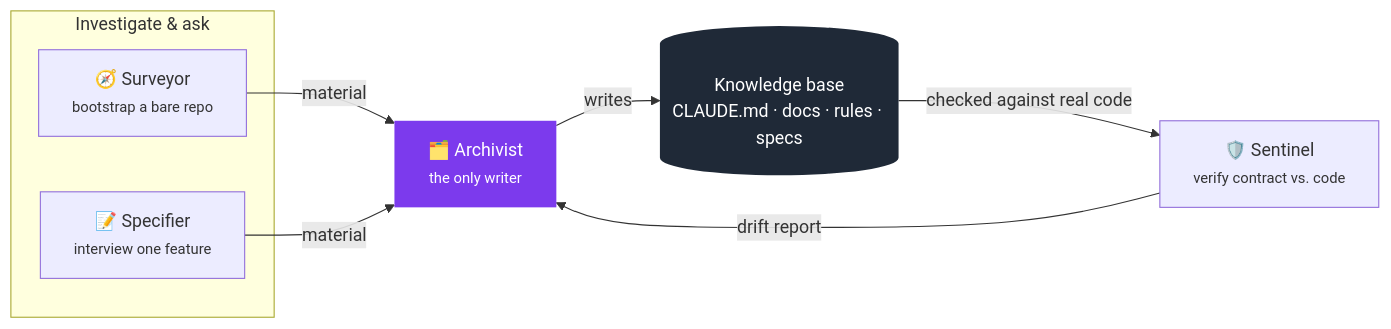
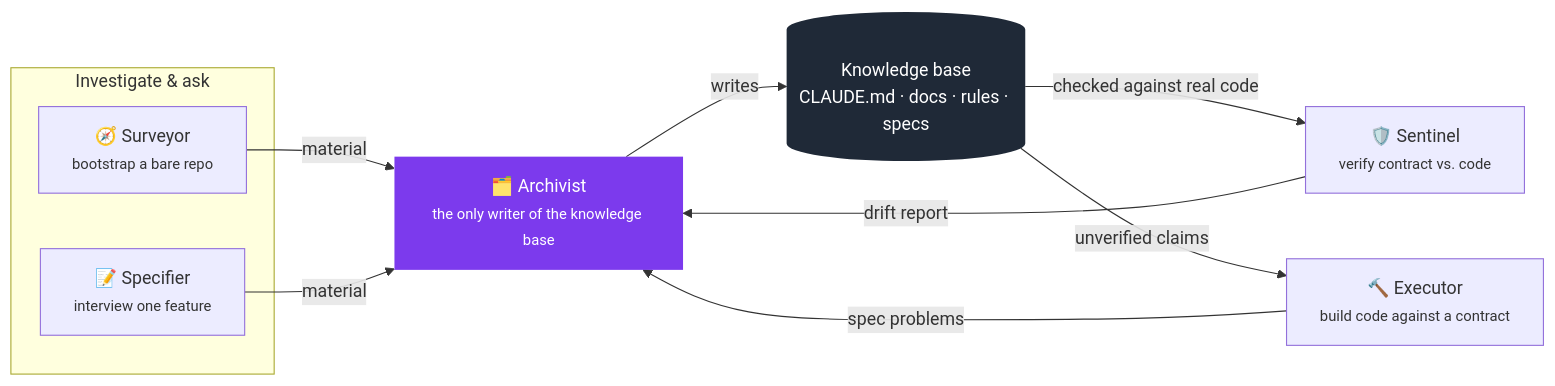
One commit to ronz204/deltas-ai changed the diagram in README.md. Above: the diagram before and after it, drawn with Mermaid. The commit also changed other lines of this file and 4 other files, not shown here.

````diff
--- a/README.md
+++ b/README.md
@@ -33,21 +33,24 @@
 ```mermaid
 flowchart LR
     subgraph Investigate & ask
         SU["🧭 Surveyor<br/><small>bootstrap a bare repo</small>"]
         SP["📝 Specifier<br/><small>interview one feature</small>"]
     end
 
-    AR["🗂️ Archivist<br/><small>the only writer</small>"]
+    AR["🗂️ Archivist<br/><small>the only writer of the knowledge base</small>"]
     KB[("Knowledge base<br/>CLAUDE.md · docs · rules · specs")]
 
     SE["🛡️ Sentinel<br/><small>verify contract vs. code</small>"]
+    EX["🔨 Executor<br/><small>build code against a contract</small>"]
 
     SU -- "material" --> AR
     SP -- "material" --> AR
     AR -- "writes" --> KB
     KB -- "checked against real code" --> SE
     SE -- "drift report" --> AR
+    KB -- "unverified claims" --> EX
+    EX -- "spec problems" --> AR
 
     style AR fill:#7c3aed,color:#fff,stroke:none
     style KB fill:#1f2937,color:#fff,stroke:none
 ```
````
